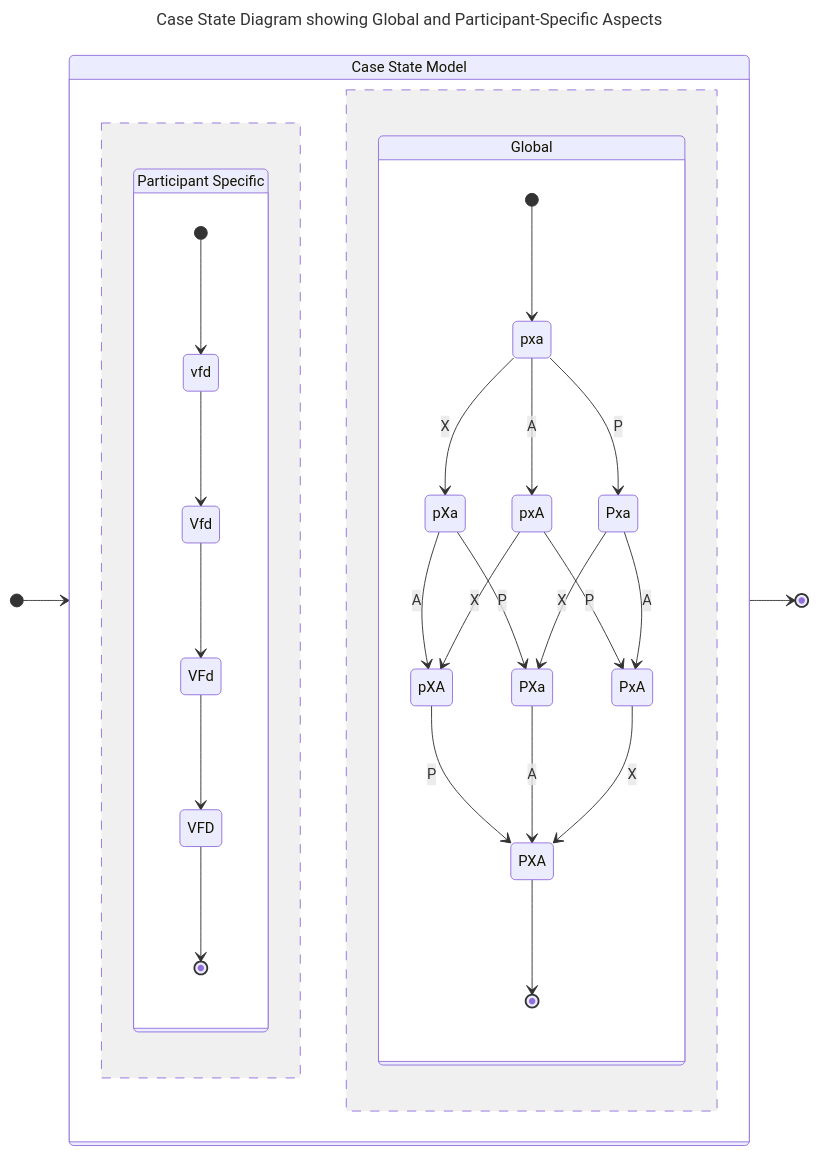
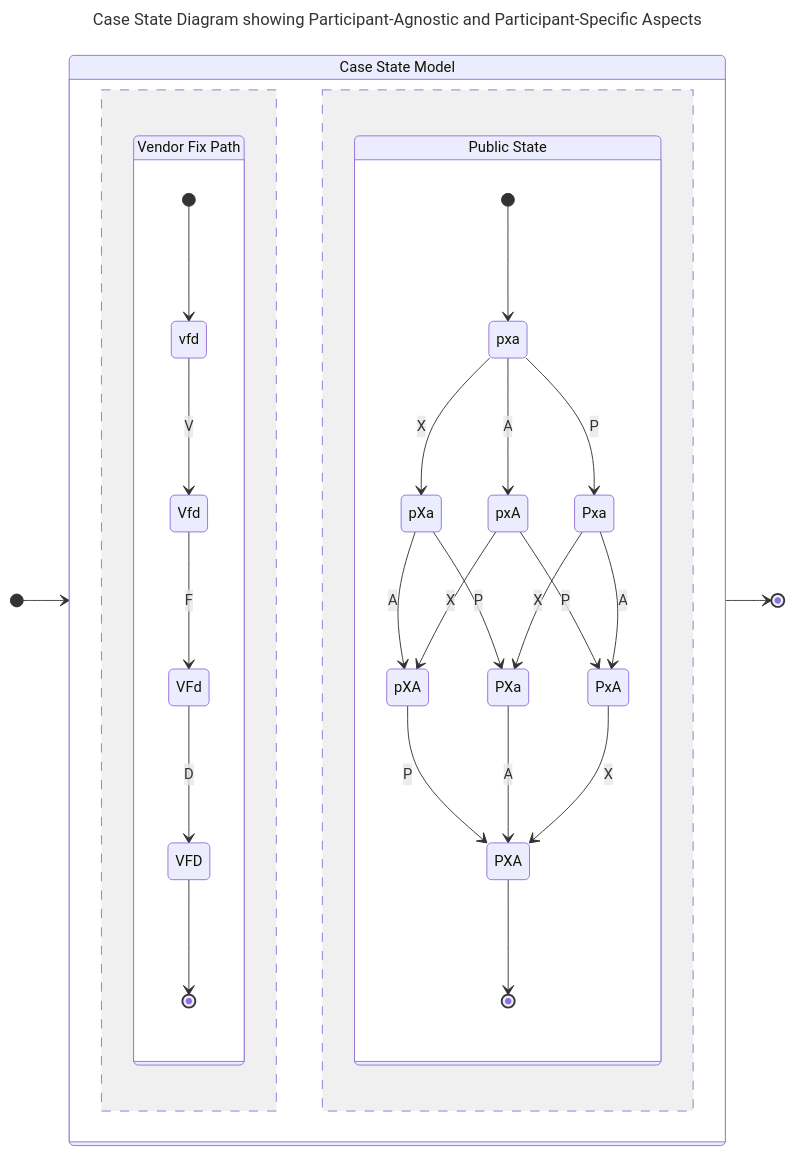
The diagram in docs/topics/process_models/model_interactions/cs_global_local.md (CERTCC/Vultron), drawn with Mermaid before and after one commit.

Commit message:
s/global/participant-agnostic/
update chart

````diff
--- a/docs/topics/process_models/model_interactions/cs_global_local.md
+++ b/docs/topics/process_models/model_interactions/cs_global_local.md
@@ -1,43 +1,43 @@
 ```mermaid
 ---
-title: Case State Diagram showing Global and Participant-Specific Aspects
+title: Case State Diagram showing Participant-Agnostic and Participant-Specific Aspects
 ---
 stateDiagram-v2
     direction LR
     CS: Case State Model
     state CS {
-        ps: Participant Specific
+        ps: Vendor Fix Path
         state ps {
             [*] --> vfd
-            vfd --> Vfd
-            Vfd --> VFd
-            VFd --> VFD
+            vfd --> Vfd : V
+            Vfd --> VFd : F
+            VFd --> VFD : D
             VFD --> [*]
         }
         --
-        g: Global
+        g: Public State
         state g {
             [*] --> pxa
         
             pxa --> Pxa : P
             pxa --> pXa : X
             pxa --> pxA : A
             
             pXa --> PXa : P
             pXa --> pXA : A
             
             pxA --> PxA : P
             pxA --> pXA : X
         
             Pxa --> PxA : A
             Pxa --> PXa : X
             
             pXA --> PXA : P
             PXa --> PXA : A
             PxA --> PXA : X
             PXA --> [*]
         }
     }
     [*] --> CS
     CS --> [*]
 ```
````
